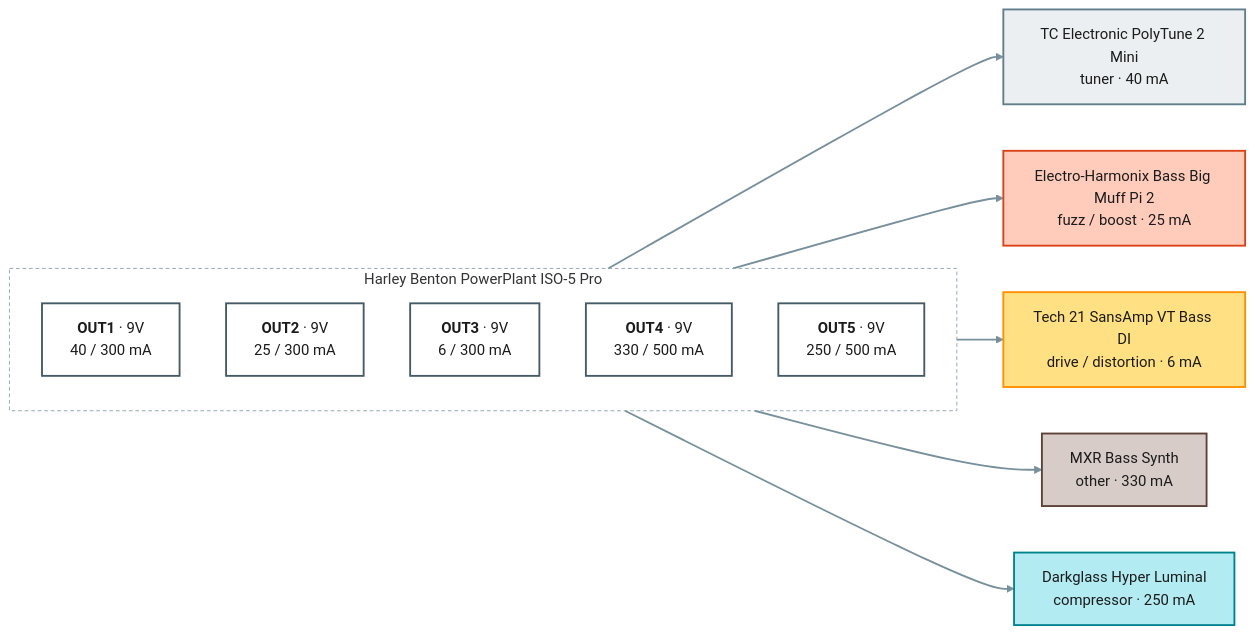
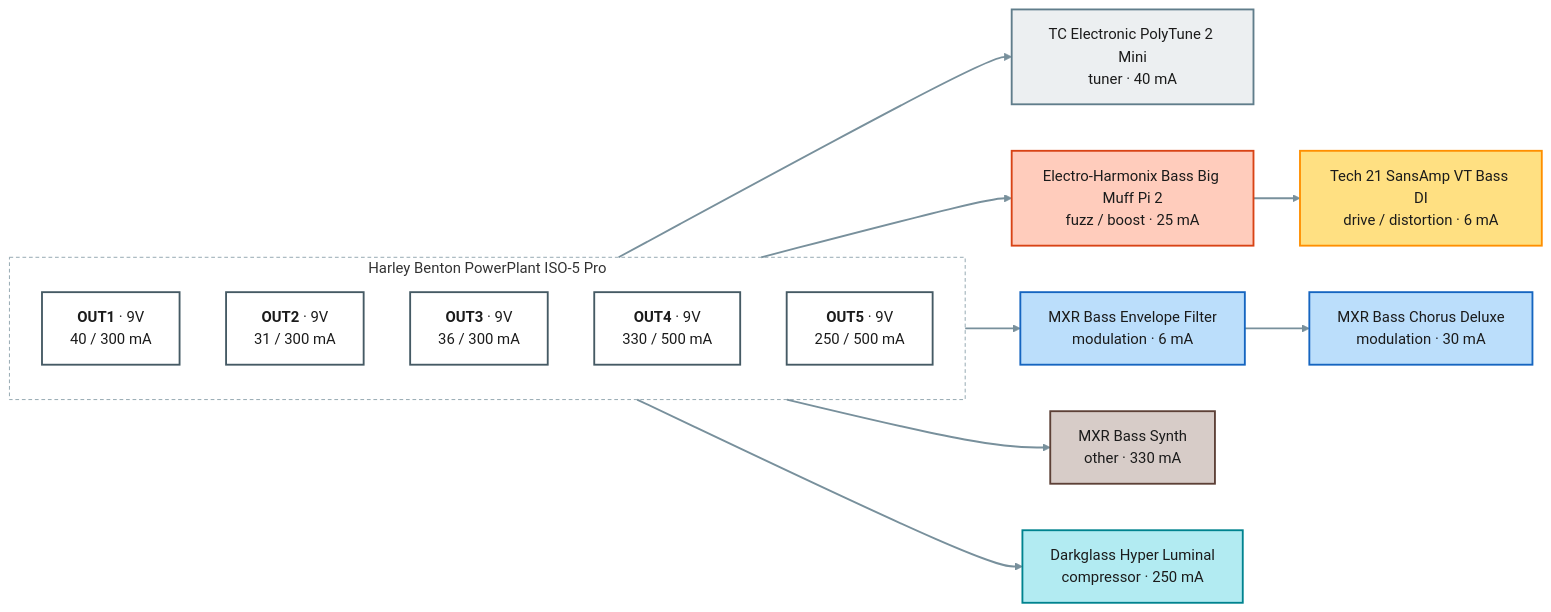
One commit to pedroacvieira/pedalboard changed the diagram in projects/bass/power.mmd. Above: the diagram before and after it, drawn with Mermaid (neutral theme). The commit also changed 22 other files, not shown here.

Commit message:
Layouts of all three boards; bass on the XPND 1 + extension with the MXR Bass Envelope Filter and Bass Chorus Deluxe; practice with the Tube Screamer Mini; owner's jacks and footswitches

```diff
--- a/projects/bass/power.mmd
+++ b/projects/bass/power.mmd
@@ -1,29 +1,34 @@
 flowchart LR
     subgraph psu1["Harley Benton PowerPlant ISO-5 Pro"]
         direction TB
         psu1_OUT1["<b>OUT1</b> · 9V<br/>40 / 300 mA"]:::out9
-        psu1_OUT2["<b>OUT2</b> · 9V<br/>25 / 300 mA"]:::out9
-        psu1_OUT3["<b>OUT3</b> · 9V<br/>6 / 300 mA"]:::out9
+        psu1_OUT2["<b>OUT2</b> · 9V<br/>31 / 300 mA"]:::out9
+        psu1_OUT3["<b>OUT3</b> · 9V<br/>36 / 300 mA"]:::out9
         psu1_OUT4["<b>OUT4</b> · 9V<br/>330 / 500 mA"]:::out9
         psu1_OUT5["<b>OUT5</b> · 9V<br/>250 / 500 mA"]:::out9
     end
     polytune_2_mini["TC Electronic PolyTune 2 Mini<br/>tuner · 40 mA"]:::c_tuner
     ehx_bass_big_muff_2["Electro-Harmonix Bass Big Muff Pi 2<br/>fuzz / boost · 25 mA"]:::c_fuzz___boost
     tech21_vt_bass_di["Tech 21 SansAmp VT Bass DI<br/>drive / distortion · 6 mA"]:::c_drive___distortion
+    mxr_bass_envelope_filter["MXR Bass Envelope Filter<br/>modulation · 6 mA"]:::c_modulation
+    mxr_bass_chorus_deluxe["MXR Bass Chorus Deluxe<br/>modulation · 30 mA"]:::c_modulation
     mxr_bass_synth["MXR Bass Synth<br/>other · 330 mA"]:::c_other
     darkglass_hyper_luminal["Darkglass Hyper Luminal<br/>compressor · 250 mA"]:::c_compressor
     psu1_OUT1 --> polytune_2_mini
     psu1_OUT2 --> ehx_bass_big_muff_2
-    psu1_OUT3 --> tech21_vt_bass_di
+    ehx_bass_big_muff_2 --> tech21_vt_bass_di
+    psu1_OUT3 --> mxr_bass_envelope_filter
+    mxr_bass_envelope_filter --> mxr_bass_chorus_deluxe
     psu1_OUT4 --> mxr_bass_synth
     psu1_OUT5 --> darkglass_hyper_luminal
     classDef out9 fill:#ffffff,stroke:#455a64,stroke-width:2px,color:#1b1b1b
     classDef out18 fill:#ffffff,stroke:#d84315,stroke-width:3px,color:#1b1b1b
     classDef spare fill:#fafafa,stroke:#9e9e9e,stroke-dasharray:4 3,color:#757575
     classDef c_tuner fill:#eceff1,stroke:#607d8b,stroke-width:2px,color:#1b1b1b
     classDef c_compressor fill:#b2ebf2,stroke:#00838f,stroke-width:2px,color:#1b1b1b
     classDef c_fuzz___boost fill:#ffccbc,stroke:#d84315,stroke-width:2px,color:#1b1b1b
     classDef c_drive___distortion fill:#ffe082,stroke:#ff8f00,stroke-width:2px,color:#1b1b1b
+    classDef c_modulation fill:#bbdefb,stroke:#1565c0,stroke-width:2px,color:#1b1b1b
     classDef c_other fill:#d7ccc8,stroke:#5d4037,stroke-width:2px,color:#1b1b1b
     style psu1 fill:none,stroke:#90a4ae,stroke-dasharray:4 3
     linkStyle default stroke:#78909c,stroke-width:2px
```
